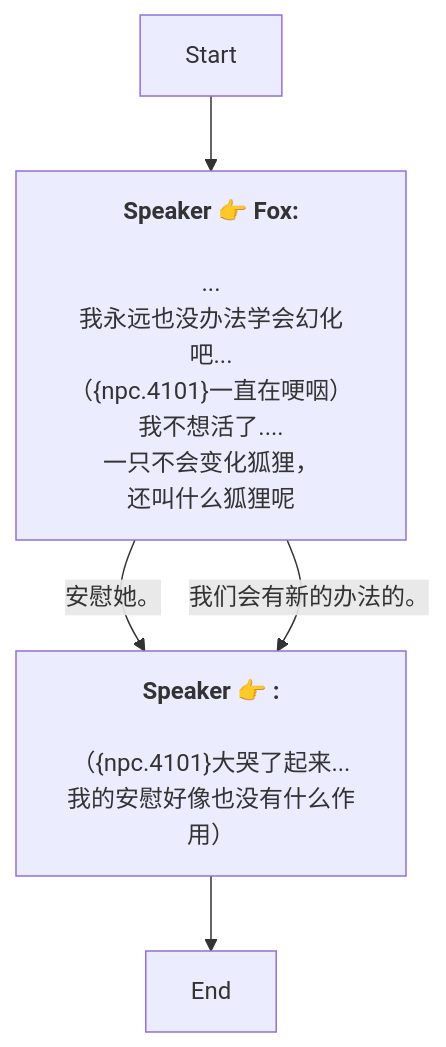
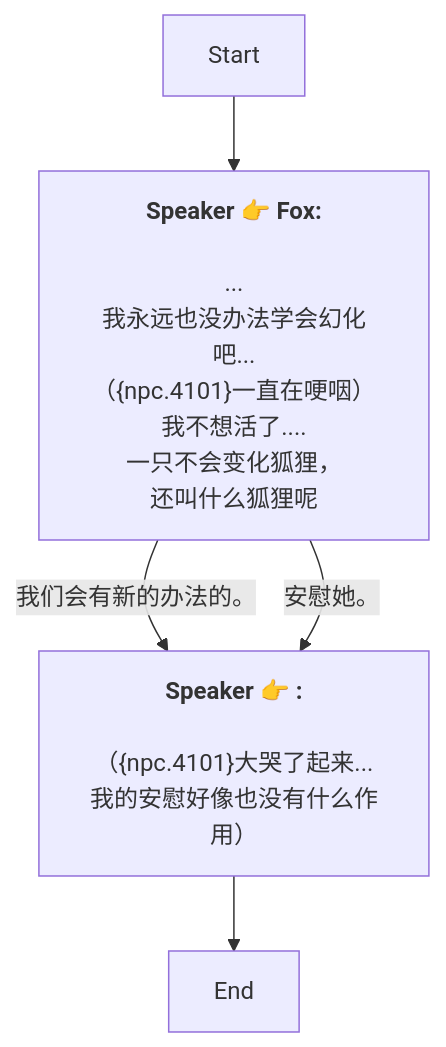
One commit to SoftHu/tos_avg changed the diagram in Zh/QuestStartTalkENode_1738540510940343.md. Above: the diagram before and after it, drawn with Mermaid. The commit also changed other lines of this file and 780 other files, not shown here.

````diff
--- a/Zh/QuestStartTalkENode_1738540510940343.md
+++ b/Zh/QuestStartTalkENode_1738540510940343.md
@@ -1,15 +1,15 @@
 ```mermaid
 graph
 Start -->1738541722740937[<b>Speaker 👉 Fox:</b>
 \n...
 我永远也没办法学会幻化吧...
 （&lbrace;npc.4101&rbrace;一直在哽咽）\n我不想活了....
 一只不会变化狐狸，
 还叫什么狐狸呢]
+1738541722740937 -->|我们会有新的办法的。|1738545380698359[<b>Speaker 👉 :</b>
+\n（&lbrace;npc.4101&rbrace;大哭了起来...我的安慰好像也没有什么作用）]
 1738541722740937 -->|安慰她。|1738545380698359[<b>Speaker 👉 :</b>
-\n（&lbrace;npc.4101&rbrace;大哭了起来...我的安慰好像也没有什么作用）]
-1738541722740937 -->|我们会有新的办法的。|1738545380698359[<b>Speaker 👉 :</b>
 \n（&lbrace;npc.4101&rbrace;大哭了起来...我的安慰好像也没有什么作用）]
 1738545380698359 -->1738542826258647[End]
 
 ```
````
